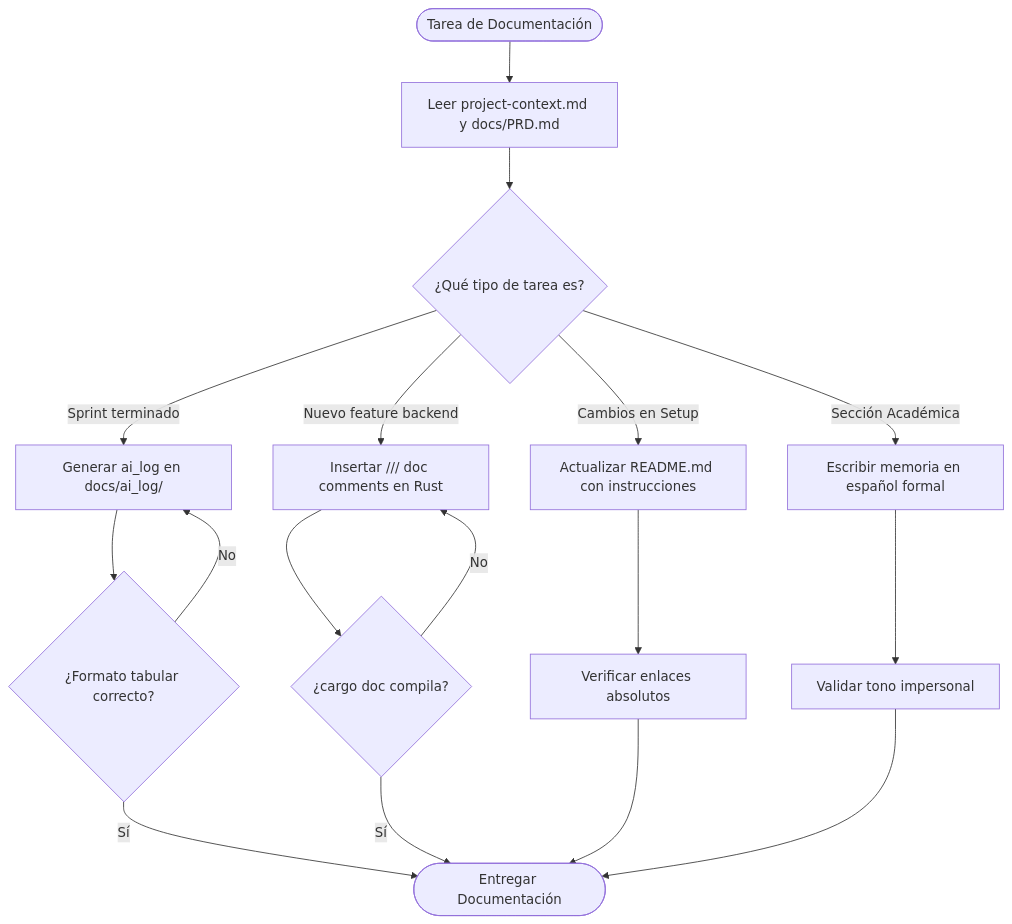
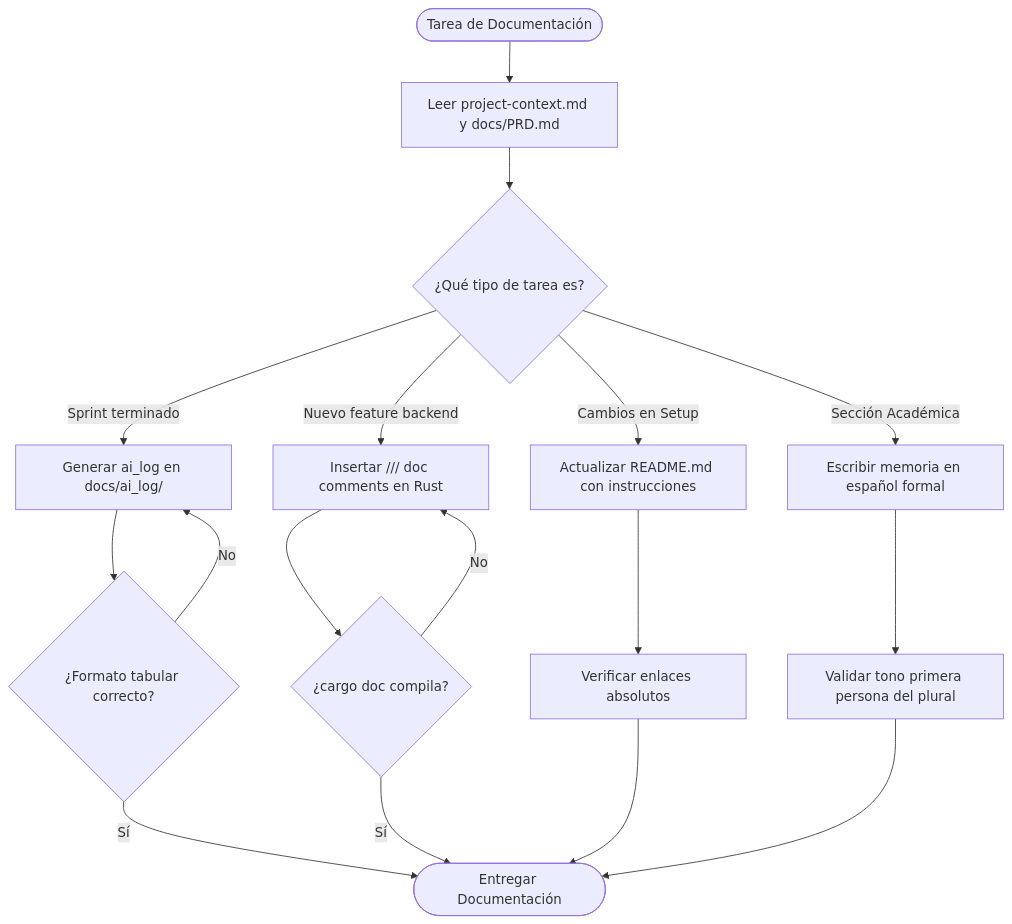
The diagram in .agents/docs-agent.md (victorcastillojimenez/Nebripop), drawn with Mermaid before and after one commit. The commit also changed other lines of this file, not shown here.

````diff
--- a/.agents/docs-agent.md
+++ b/.agents/docs-agent.md
@@ -136,23 +140,23 @@
 ```mermaid
 flowchart TD
     Start([Tarea de Documentación]) --> ReadContext[Leer project-context.md y docs/PRD.md]
     ReadContext --> EvalTask{¿Qué tipo de tarea es?}
     
     EvalTask -- Sprint terminado --> LogSprint[Generar ai_log en docs/ai_log/]
     EvalTask -- Nuevo feature backend --> AddRustDoc[Insertar /// doc comments en Rust]
     EvalTask -- Cambios en Setup --> UpdateReadme[Actualizar README.md con instrucciones]
     EvalTask -- Sección Académica --> AcademicWrite[Escribir memoria en español formal]
     
     LogSprint --> FormatTable{¿Formato tabular correcto?}
     AddRustDoc --> CargoDoc{¿cargo doc compila?}
     UpdateReadme --> VerifyLinks[Verificar enlaces absolutos]
-    AcademicWrite --> VerifyTono[Validar tono impersonal]
+    AcademicWrite --> VerifyTono[Validar tono primera persona del plural]
     
     FormatTable -- Sí --> Deliver([Entregar Documentación])
     CargoDoc -- Sí --> Deliver
     VerifyLinks --> Deliver
     VerifyTono --> Deliver
     
     FormatTable -- No --> LogSprint
     CargoDoc -- No --> AddRustDoc
 ```
````
